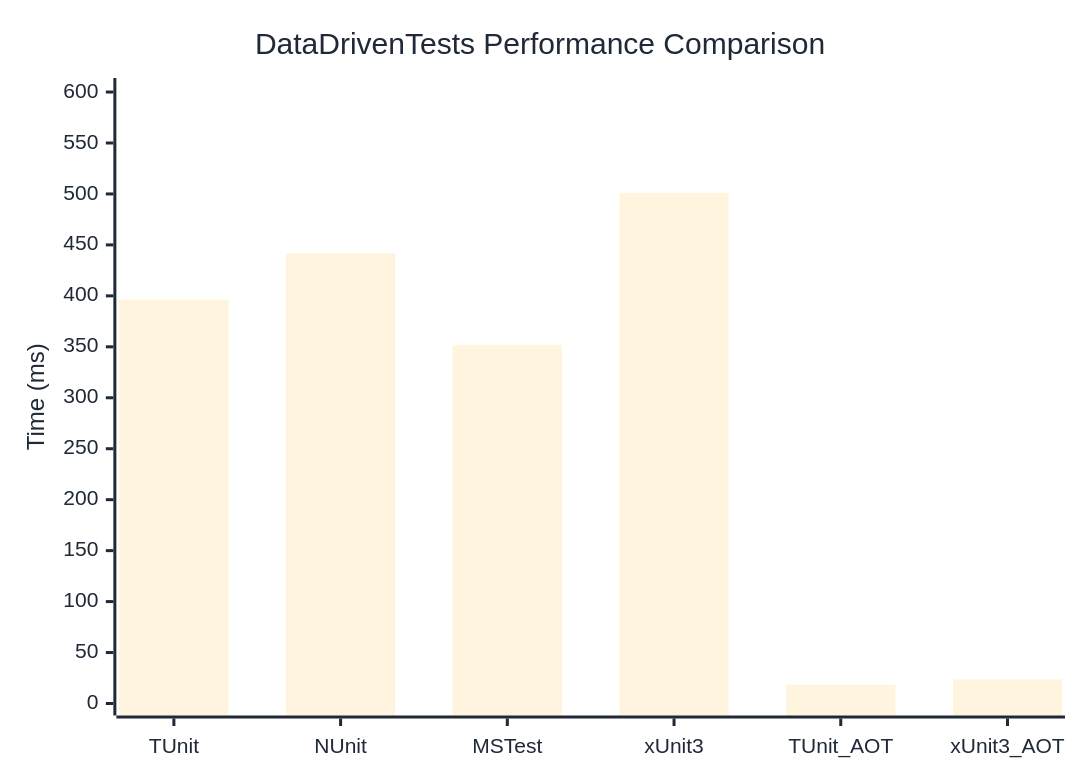
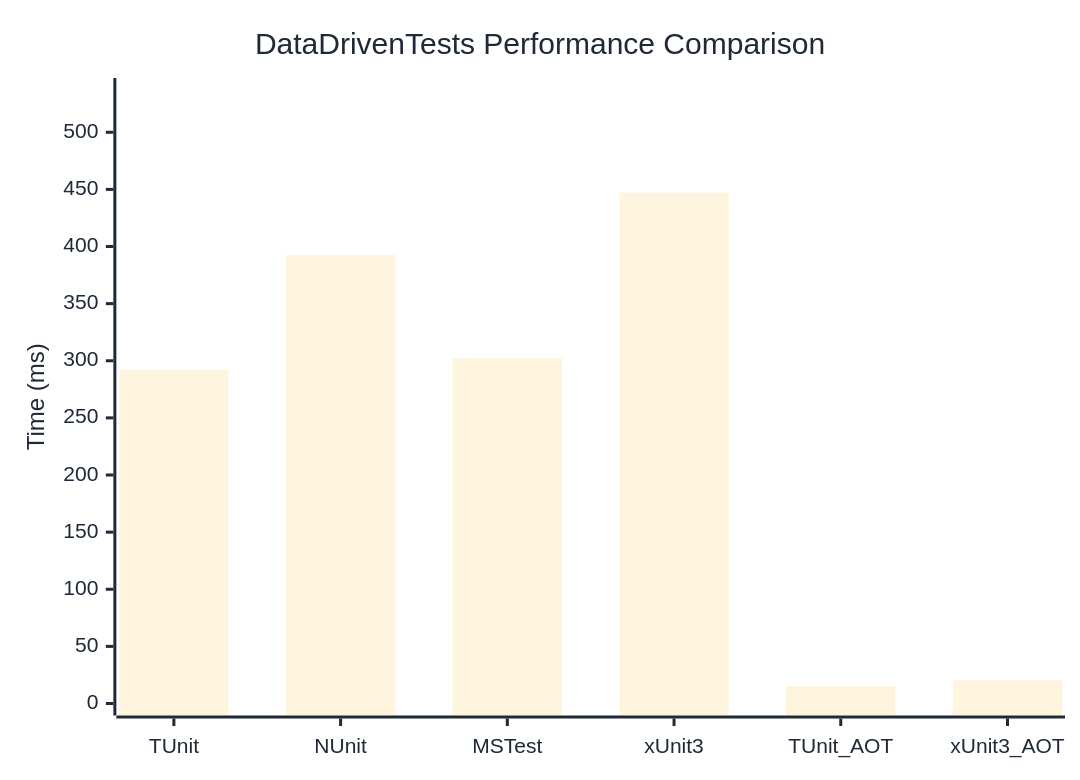
Before and after one commit to thomhurst/TUnit: the diagram in docs/docs/benchmarks/engine/DataDrivenTests.md, drawn with Mermaid. The commit also changed other lines of this file and 17 other files, not shown here.

````diff
--- a/docs/docs/benchmarks/engine/DataDrivenTests.md
+++ b/docs/docs/benchmarks/engine/DataDrivenTests.md
@@ -30,37 +30,37 @@
 ```mermaid
 %%{init: {
   'theme':'base',
   'themeVariables': {
     'primaryColor': '#2563eb',
     'primaryTextColor': '#1f2937',
     'primaryBorderColor': '#1e40af',
     'lineColor': '#6b7280',
     'secondaryColor': '#7c3aed',
     'tertiaryColor': '#dc2626',
     'background': '#ffffff',
     'mainBkg': '#2563eb',
     'secondBkg': '#7c3aed',
     'tertiaryBkg': '#dc2626',
     'clusterBkg': '#f3f4f6',
     'edgeLabelBackground': '#ffffff',
     'tertiaryTextColor': '#1f2937',
     'pie1': '#2563eb',
     'pie2': '#7c3aed',
     'pie3': '#dc2626',
     'pie4': '#f59e0b',
     'pie5': '#10b981',
     'pie6': '#06b6d4',
     'pie7': '#ec4899',
     'pie8': '#6366f1',
     'pie9': '#84cc16',
     'pie10': '#f97316',
     'pie11': '#14b8a6',
     'pie12': '#a855f7'
   }
 }}%%
 xychart-beta
   title "DataDrivenTests Performance Comparison"
   x-axis ["TUnit", "NUnit", "MSTest", "xUnit3", "TUnit_AOT", "xUnit3_AOT"]
-  y-axis "Time (ms)" 0 --> 602
-  bar [396.17, 441.85, 351.87, 500.97, 18.38, 23.61]
+  y-axis "Time (ms)" 0 --> 537
+  bar [291.99, 392.71, 302.13, 447.19, 15.33, 20.67]
 ```
````
